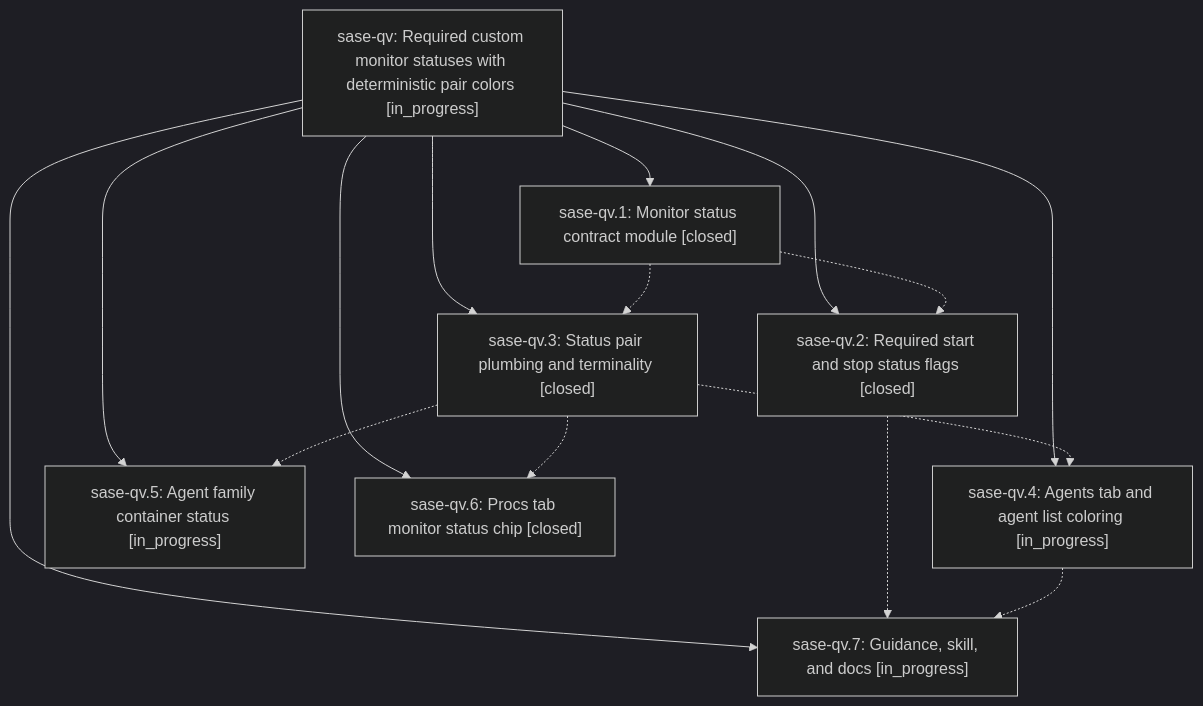
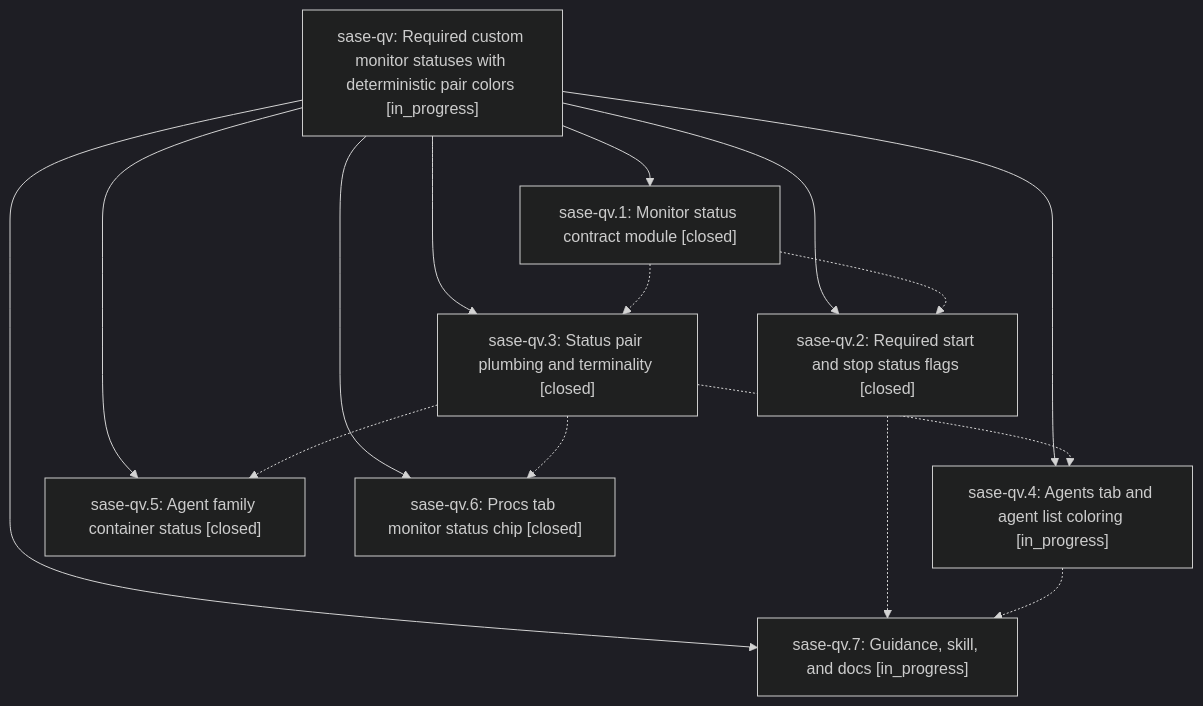
The diagram in pages/sase-qv/README.md (sase-org/sase--beads), drawn with Mermaid (dark theme) before and after one commit. The commit also changed other lines of this file and 2 other files, not shown here.

First line of the commit message:
chore(beads): sync bead state and pages for sase-qv

````diff
--- a/pages/sase-qv/README.md
+++ b/pages/sase-qv/README.md
@@ -32,25 +32,25 @@
 ```mermaid
 flowchart TD
     n0["sase-qv: Required custom monitor statuses with deterministic pair colors [in_progress]"]
     n1["sase-qv.1: Monitor status contract module [closed]"]
     n2["sase-qv.2: Required start and stop status flags [closed]"]
     n3["sase-qv.3: Status pair plumbing and terminality [closed]"]
     n4["sase-qv.4: Agents tab and agent list coloring [in_progress]"]
-    n5["sase-qv.5: Agent family container status [in_progress]"]
+    n5["sase-qv.5: Agent family container status [closed]"]
     n6["sase-qv.6: Procs tab monitor status chip [closed]"]
     n7["sase-qv.7: Guidance, skill, and docs [in_progress]"]
     n0 --> n1
     n0 --> n2
     n0 --> n3
     n0 --> n4
     n0 --> n5
     n0 --> n6
     n0 --> n7
     n1 -.-> n2
     n1 -.-> n3
     n2 -.-> n7
     n3 -.-> n4
     n3 -.-> n5
     n3 -.-> n6
     n4 -.-> n7
 ```
````
